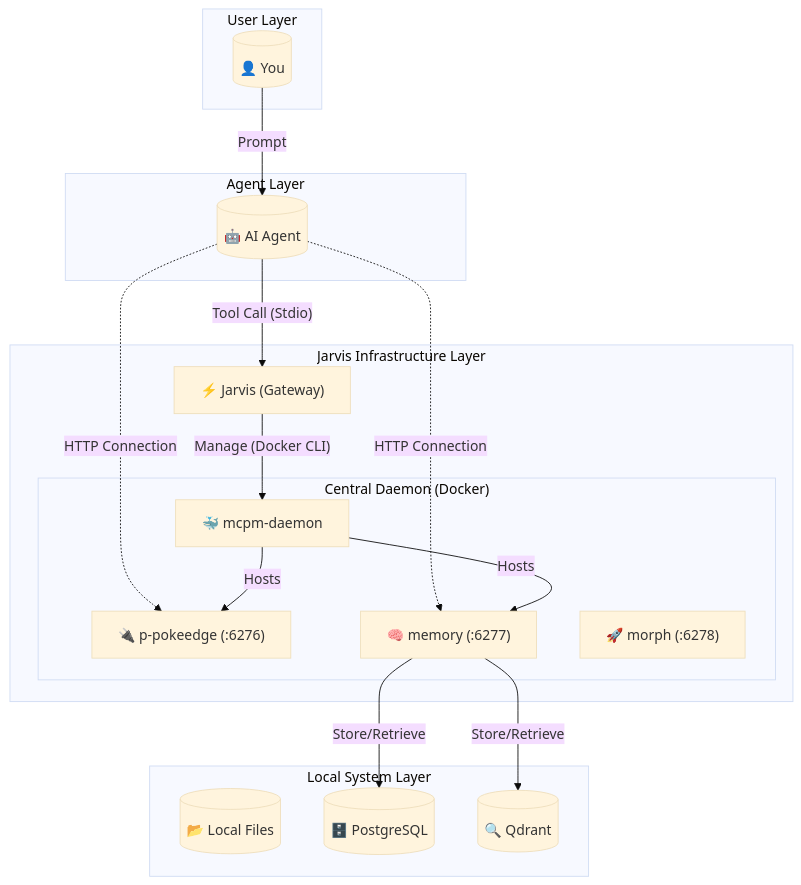
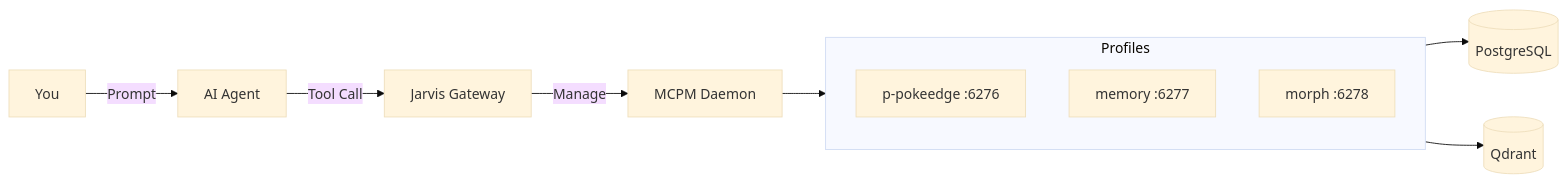
The diagram in README.md (JRedeker/Jarvis-mcpm), drawn with Mermaid (base theme) before and after one commit. The commit also changed other lines of this file and 2 other files, not shown here.

````diff
--- a/README.md
+++ b/README.md
@@ -168,39 +71,16 @@
 ```mermaid
-flowchart TD
-    subgraph "User Layer"
-        User[("👤 You")]
+flowchart LR
+    User[You] -->|Prompt| Agent[AI Agent]
+    Agent -->|Tool Call| Jarvis[Jarvis Gateway]
+    Jarvis -->|Manage| Daemon[MCPM Daemon]
+
+    subgraph Profiles
+        P1[p-pokeedge :6276]
+        P2[memory :6277]
+        P3[morph :6278]
     end
 
-    subgraph "Agent Layer"
-        Agent[("🤖 AI Agent")]
-    end
-
-    subgraph "Jarvis Infrastructure Layer"
-        Jarvis["⚡ Jarvis (Gateway)"]
-
-        subgraph "Central Daemon (Docker)"
-            Daemon["🐳 mcpm-daemon"]
-            Profile1["🔌 p-pokeedge (:6276)"]
-            Profile2["🧠 memory (:6277)"]
-            Profile3["🚀 morph (:6278)"]
-        end
-    end
-
-    subgraph "Local System Layer"
-        Codebase[("📂 Local Files")]
-        DB[("🗄️ PostgreSQL")]
-        Vector[("🔍 Qdrant")]
-    end
-
-    User -->|Prompt| Agent
-    Agent -->|"Tool Call (Stdio)"| Jarvis
-    Agent -.->|"HTTP Connection"| Profile1
-    Agent -.->|"HTTP Connection"| Profile2
-
-    Jarvis -->|"Manage (Docker CLI)"| Daemon
-    Daemon -->|Hosts| Profile1
-    Daemon -->|Hosts| Profile2
-
-    Profile2 -->|Store/Retrieve| DB
-    Profile2 -->|Store/Retrieve| Vector
+    Daemon --> Profiles
+    Profiles --> DB[(PostgreSQL)]
+    Profiles --> Vector[(Qdrant)]
 ```
````
